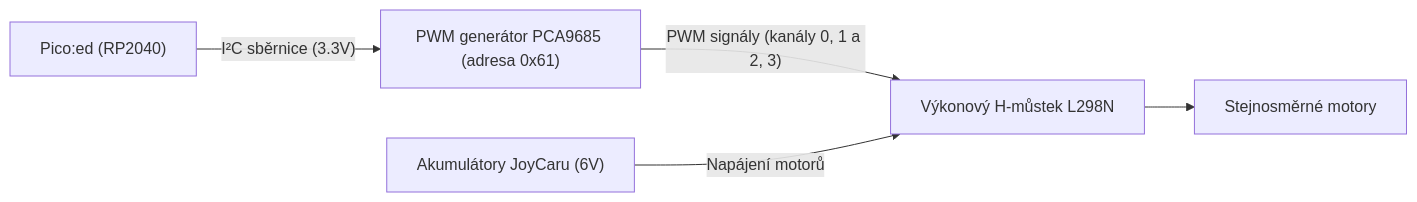
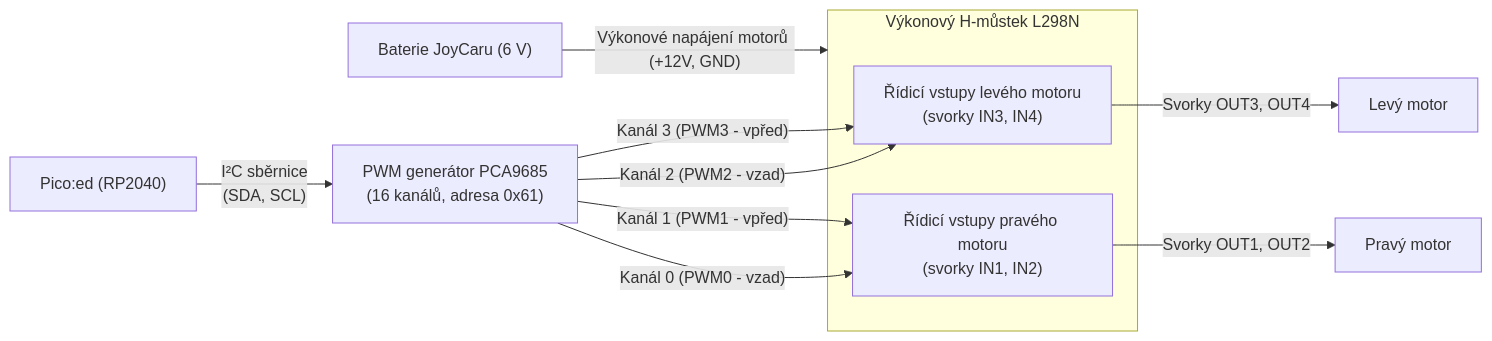
Before and after one commit to JanChaloupek/Navody_ZSaPR: the second of 2 diagrams in 5-ovladani-motoru.md, drawn with Mermaid. The commit also changed other lines of this file and 2 other files, not shown here.

Commit message:
Zpresneni diagramu rizeni motoru (2 kanaly levy + 2 kanaly pravy) a vysvetleni instalace Mu Editoru

````diff
--- a/5-ovladani-motoru.md
+++ b/5-ovladani-motoru.md
@@ -173,7 +180,20 @@
 ```mermaid
 flowchart LR
-    MCU["Pico:ed (RP2040)"] -->|"I²C sběrnice (3.3V)"| PCA["PWM generátor PCA9685 (adresa 0x61)"]
-    PCA -->|"PWM signály (kanály 0, 1 a 2, 3)"| L298["Výkonový H-můstek L298N"]
-    BAT["Akumulátory JoyCaru (6V)"] -->|"Napájení motorů"| L298
-    L298 --> Motory["Stejnosměrné motory"]
+    MCU["Pico:ed (RP2040)"] -->|"I²C sběrnice\n(SDA, SCL)"| PCA["PWM generátor PCA9685\n(16 kanálů, adresa 0x61)"]
+    
+    subgraph L298["Výkonový H-můstek L298N"]
+        IN_L["Řídicí vstupy levého motoru\n(svorky IN3, IN4)"]
+        IN_R["Řídicí vstupy pravého motoru\n(svorky IN1, IN2)"]
+    end
+
+    PCA -->|"Kanál 2 (PWM2 - vzad)"| IN_L
+    PCA -->|"Kanál 3 (PWM3 - vpřed)"| IN_L
+    
+    PCA -->|"Kanál 0 (PWM0 - vzad)"| IN_R
+    PCA -->|"Kanál 1 (PWM1 - vpřed)"| IN_R
+
+    BAT["Baterie JoyCaru (6 V)"] -->|"Výkonové napájení motorů (+12V, GND)"| L298
+
+    IN_L -->|"Svorky OUT3, OUT4"| ML["Levý motor"]
+    IN_R -->|"Svorky OUT1, OUT2"| MR["Pravý motor"]
 ```
````
